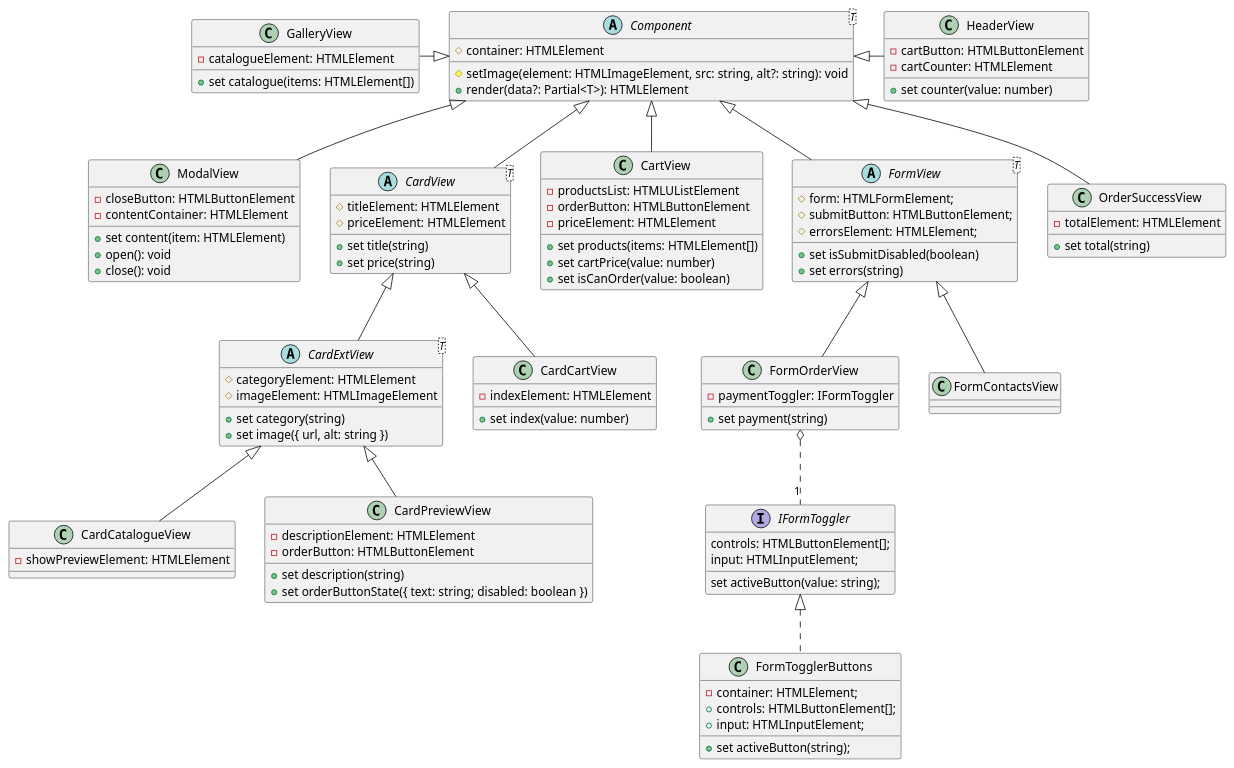
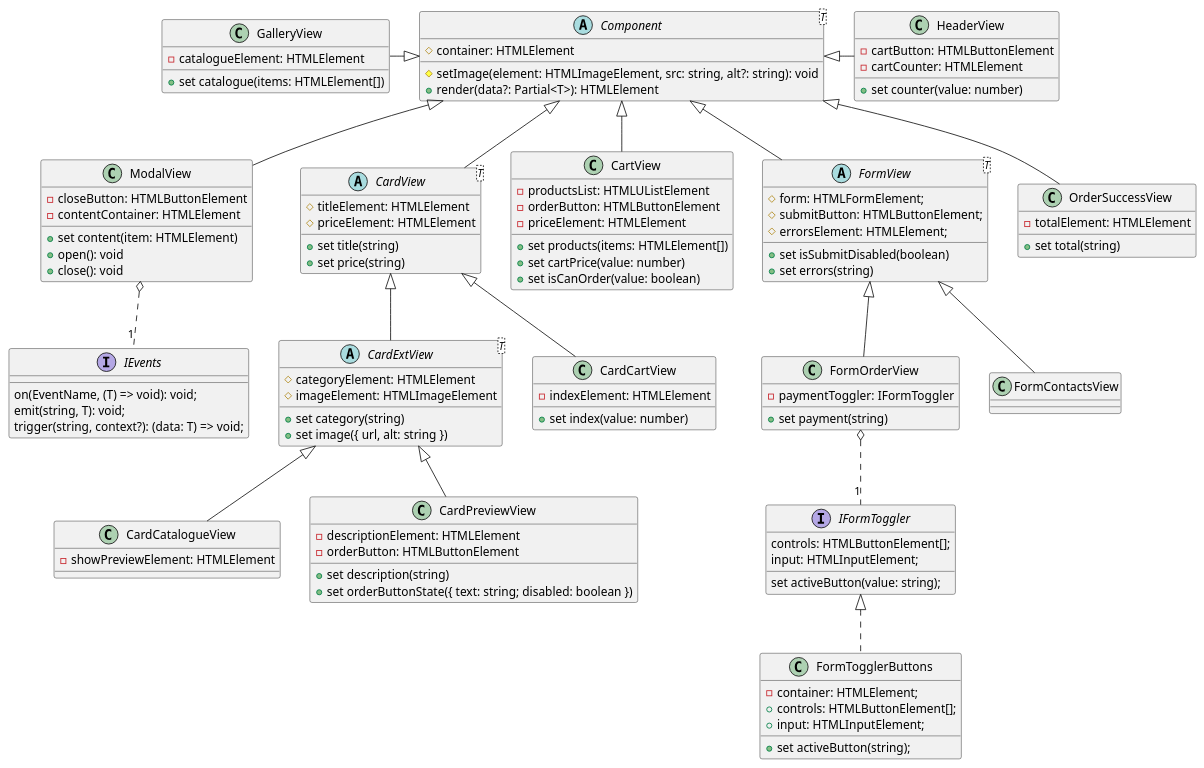
One commit to Mishbazian/weblarek changed the diagram in view.puml. Above: the diagram before and after it, drawn with PlantUML. The commit also changed 3 other files, not shown here.

Commit message:
feat(components): add event emmitions in ModalView

```diff
--- a/view.puml
+++ b/view.puml
@@ -1,144 +1,150 @@
 @startuml ViewClassesDiagram
 
 'left to right direction
 'skinparam groupInheritance 2
 ' skinparam nodesep 20
 'skinparam ranksep 20
 
 
 abstract class Component<T> {
   # container: HTMLElement
   # setImage(element: HTMLImageElement, src: string, alt?: string): void
   + render(data?: Partial<T>): HTMLElement
 }
 
 '----Хедер-----'
 class HeaderView {
   -cartButton: HTMLButtonElement
   -cartCounter: HTMLElement
   + set counter(value: number)
 }
 HeaderView -left-|> Component
 
 '---Каталог ---'
 
 class GalleryView {
   -catalogueElement: HTMLElement
   + set catalogue(items: HTMLElement[])
 }
 GalleryView -right-|> Component
 
 '------Модалка---------'
 
 class ModalView extends Component {
   -closeButton: HTMLButtonElement
   -contentContainer: HTMLElement
   + set content(item: HTMLElement)
   + open(): void
   + close(): void
 }
 
 '-----Карточки------'
 '---Базовый класс---'
 
 abstract class CardView<T> extends Component {
   #titleElement: HTMLElement
   #priceElement: HTMLElement
 
   + set title(string)
   + set price(string)
 }
 
 '-----Карточка для каталога---'
 
 abstract class CardExtView<T> extends CardView {
   #categoryElement: HTMLElement
   #imageElement: HTMLImageElement
 
   + set category(string)
   + set image({ url, alt: string })
 }
 
 class CardCatalogueView extends CardExtView {
   -showPreviewElement: HTMLElement
 }
 
 '-----Карточка для превью---'
 
 
 class CardPreviewView extends CardExtView {
   -descriptionElement: HTMLElement
   -orderButton: HTMLButtonElement
 
   + set description(string)
   + set orderButtonState({ text: string; disabled: boolean })
 }
 
 
 '---Карточка для корзины----'
 class CardCartView extends CardView {
   -indexElement: HTMLElement
   + set index(value: number)
 }
 
 '---Корзина ---'
 
 class CartView extends Component {
   -productsList: HTMLUListElement
   -orderButton: HTMLButtonElement
   -priceElement: HTMLElement
   + set products(items: HTMLElement[])
   + set cartPrice(value: number)
   + set isCanOrder(value: boolean)
 }
 
 '-----Кнопки----'
 
 class FormTogglerButtons implements IFormToggler{
   -container: HTMLElement;
   +controls: HTMLButtonElement[];
   +input: HTMLInputElement;
   +set activeButton(string);
 }
 
 interface IFormToggler {
   controls: HTMLButtonElement[];
   input: HTMLInputElement;
   set activeButton(value: string);
 }
 
 ' FormTogglerButtons -left-> IFormToggler
 
 '---Формы----'
 
 abstract class FormView<T> extends Component {
   #form: HTMLFormElement;
   #submitButton: HTMLButtonElement;
   #errorsElement: HTMLElement;
   +set isSubmitDisabled(boolean)
   +set errors(string)
 }
 
 class FormOrderView extends FormView {
   -paymentToggler: IFormToggler
   + set payment(string)
 }
 
 FormOrderView o.."1" IFormToggler
 
 class FormContactsView extends FormView {
 }
 
 '----Заказ успешен--'
 
 class OrderSuccessView extends Component {
   -totalElement: HTMLElement
   + set total(string)
 }
 
+interface IEvents {
+    on(EventName, (T) => void): void;
+    emit(string, T): void;
+    trigger(string, context?): (data: T) => void;
+}
 
+ModalView o.."1" IEvents
 
 'hide <<interface>>
 'hide class circle
 'hide interface circle
 @enduml
```
